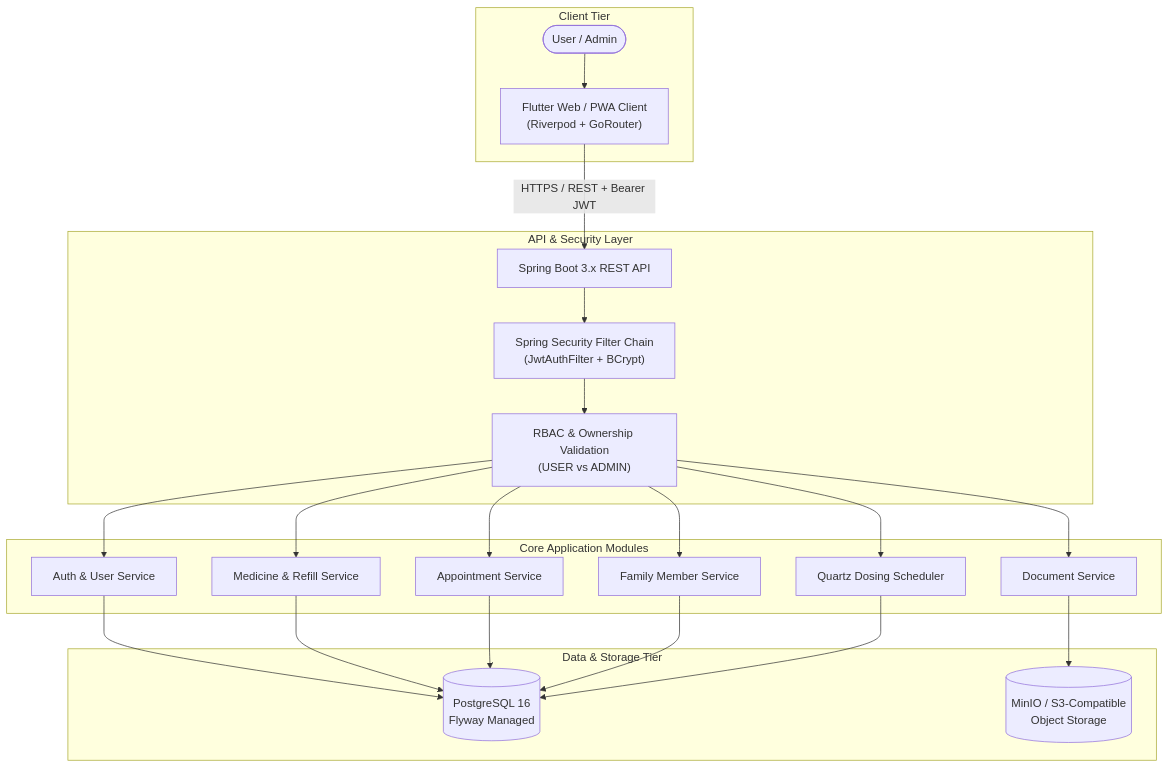
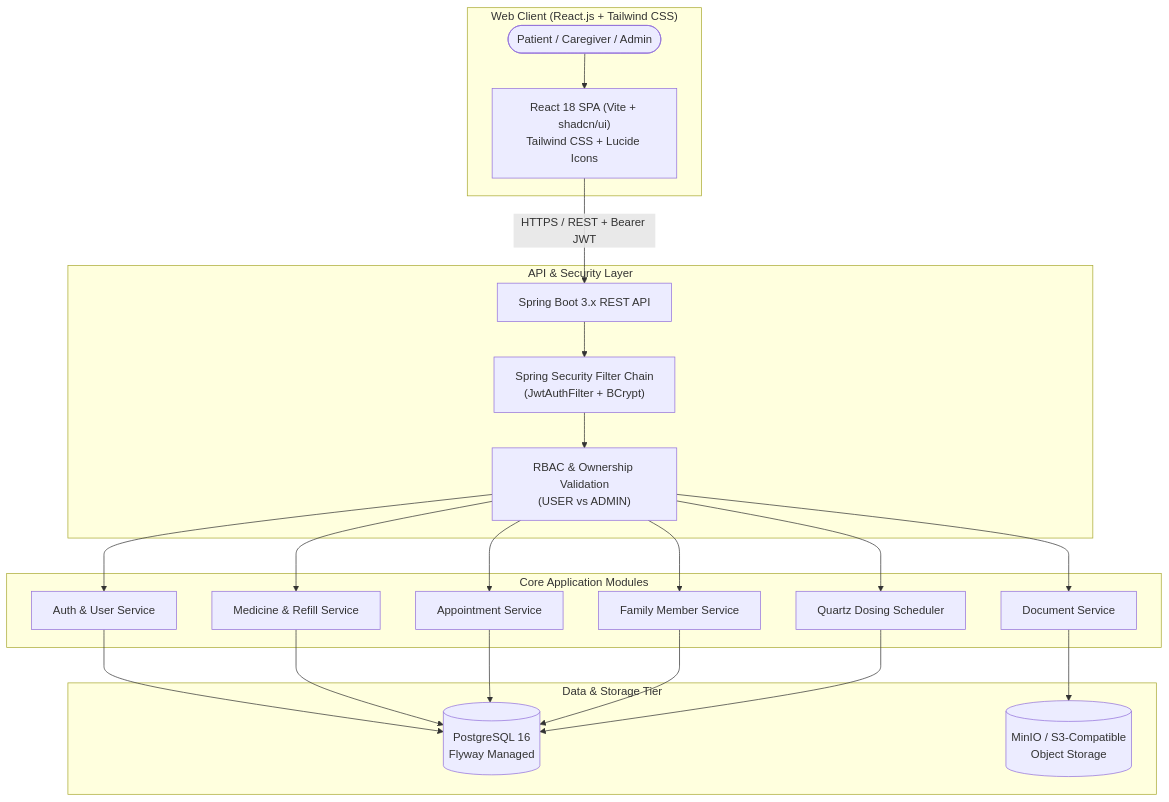
Before and after one commit to keerthika-battula/CareSync: the diagram in README.md, drawn with Mermaid. The commit also changed other lines of this file and 43 other files, not shown here.

````diff
--- a/README.md
+++ b/README.md
@@ -78,32 +73,32 @@
 ```mermaid
 flowchart TD
-    subgraph Client["Client Tier"]
-        User([User / Admin])
-        FlutterApp["Flutter Web / PWA Client<br/>(Riverpod + GoRouter)"]
-        User --> FlutterApp
+    subgraph Client["Web Client (React.js + Tailwind CSS)"]
+        User([Patient / Caregiver / Admin])
+        ReactApp["React 18 SPA (Vite + shadcn/ui)<br/>Tailwind CSS + Lucide Icons"]
+        User --> ReactApp
     end
 
     subgraph Gateway["API & Security Layer"]
-        FlutterApp -->|"HTTPS / REST + Bearer JWT"| SpringBoot["Spring Boot 3.x REST API"]
+        ReactApp -->|"HTTPS / REST + Bearer JWT"| SpringBoot["Spring Boot 3.x REST API"]
         SpringBoot --> SecurityFilter["Spring Security Filter Chain<br/>(JwtAuthFilter + BCrypt)"]
         SecurityFilter --> RBAC["RBAC & Ownership Validation<br/>(USER vs ADMIN)"]
     end
 
     subgraph Services["Core Application Modules"]
         RBAC --> AuthModule["Auth & User Service"]
         RBAC --> MedModule["Medicine & Refill Service"]
         RBAC --> ApptModule["Appointment Service"]
         RBAC --> FamilyModule["Family Member Service"]
         RBAC --> DocModule["Document Service"]
         RBAC --> QuartzService["Quartz Dosing Scheduler"]
     end
 
     subgraph Persistence["Data & Storage Tier"]
         AuthModule --> DB[(PostgreSQL 16<br/>Flyway Managed)]
         MedModule --> DB
         ApptModule --> DB
         FamilyModule --> DB
         QuartzService --> DB
         DocModule --> Storage[("MinIO / S3-Compatible<br/>Object Storage")]
     end
 ```
````
